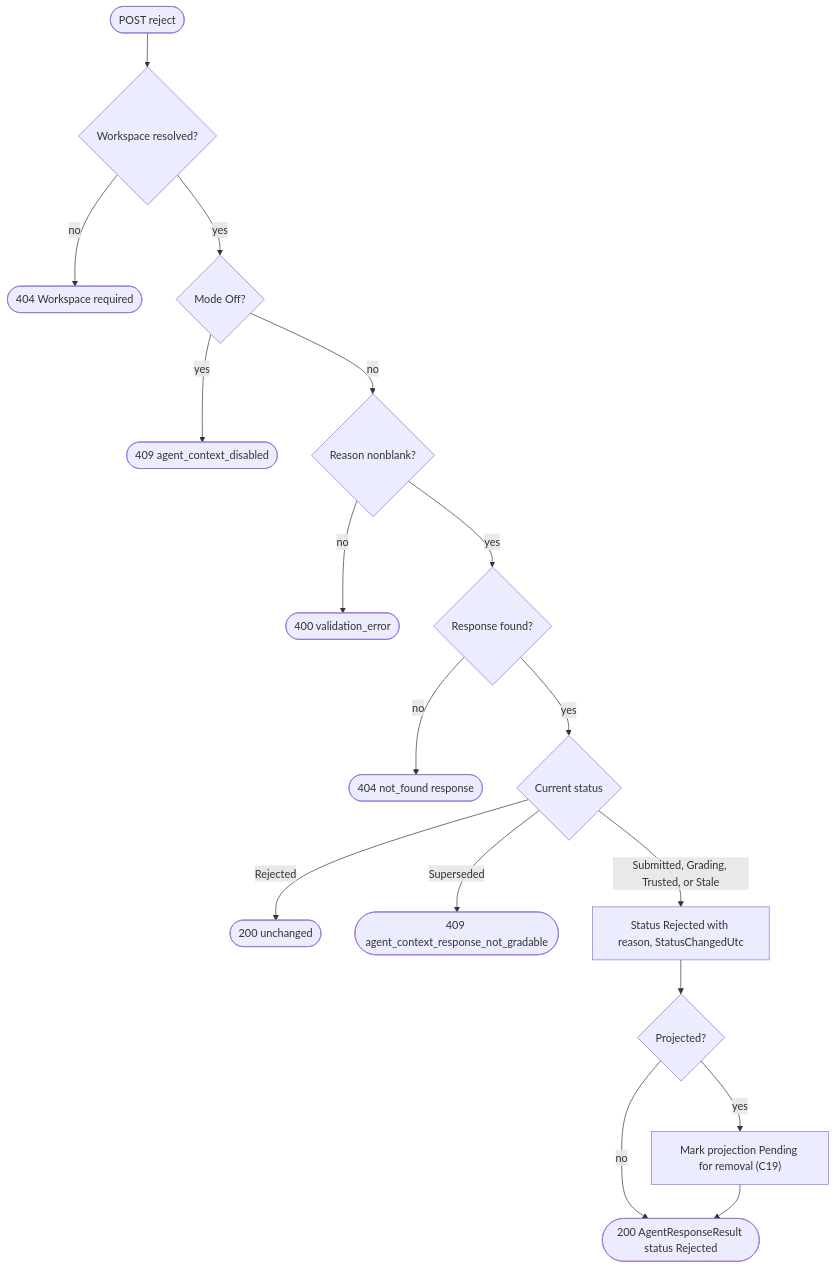
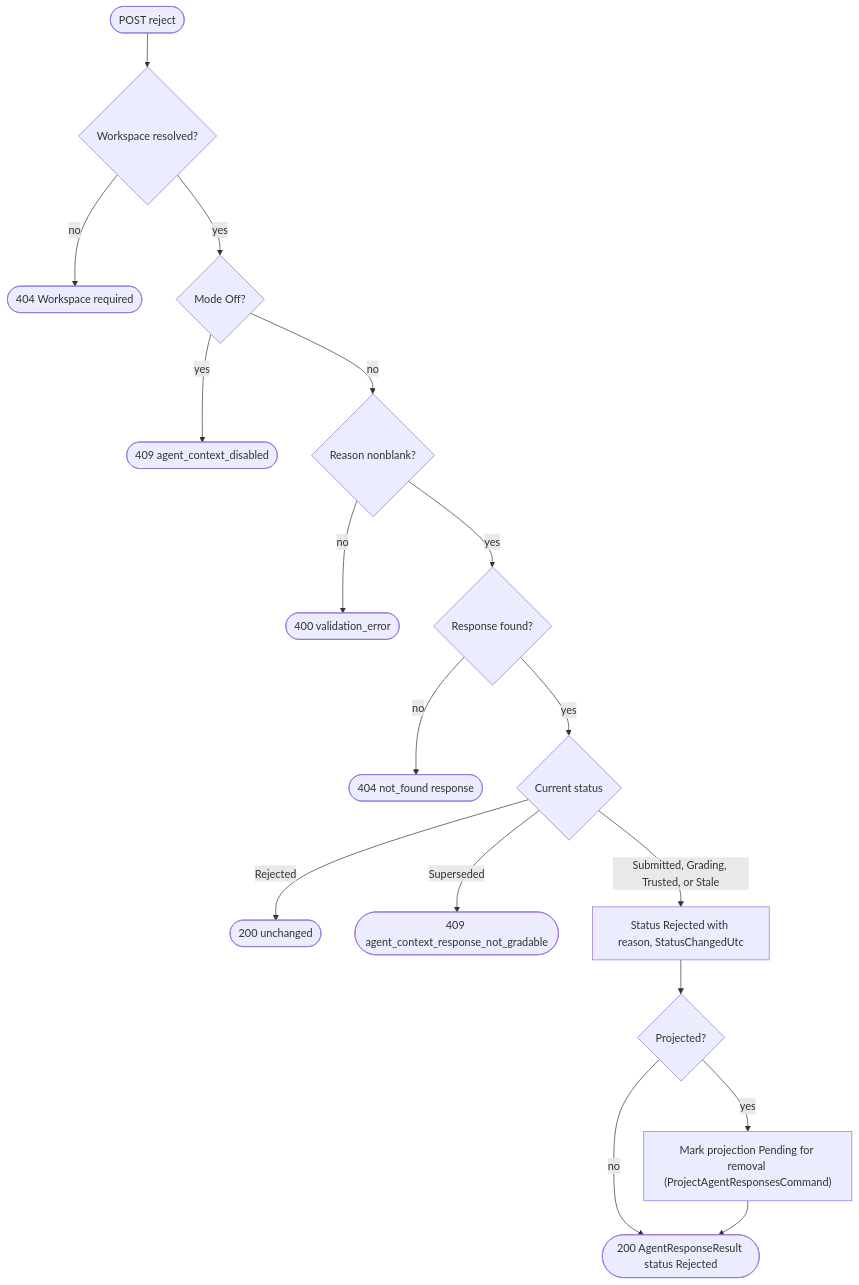
Diagram 14 of 59 in docs/Stateless-Agent-Context-Management.md (sharpninja/McpServer), drawn with Mermaid before and after one commit. The commit also changed other lines of this file, not shown here.

First line of the commit message:
docs: update stateless agent context for the PowerShell-only plugin core

````diff
--- a/docs/Stateless-Agent-Context-Management.md
+++ b/docs/Stateless-Agent-Context-Management.md
@@ -539,19 +588,19 @@
 ```mermaid
 flowchart TD
     S(["POST reject"]) --> W{"Workspace resolved?"}
     W -->|no| E0(["404 Workspace required"])
     W -->|yes| MO{"Mode Off?"}
     MO -->|yes| E1(["409 agent_context_disabled"])
     MO -->|no| V{"Reason nonblank?"}
     V -->|no| E2(["400 validation_error"])
     V -->|yes| F{"Response found?"}
     F -->|no| E3(["404 not_found response"])
     F -->|yes| ST{"Current status"}
     ST -->|Rejected| SAME(["200 unchanged"])
     ST -->|Superseded| E4(["409 agent_context_response_not_gradable"])
     ST -->|Submitted, Grading, Trusted, or Stale| RJ["Status Rejected with reason, StatusChangedUtc"]
     RJ --> PR{"Projected?"}
-    PR -->|yes| RM["Mark projection Pending for removal (C19)"]
+    PR -->|yes| RM["Mark projection Pending for removal (ProjectAgentResponsesCommand)"]
     PR -->|no| OK
     RM --> OK(["200 AgentResponseResult status Rejected"])
 ```
````
